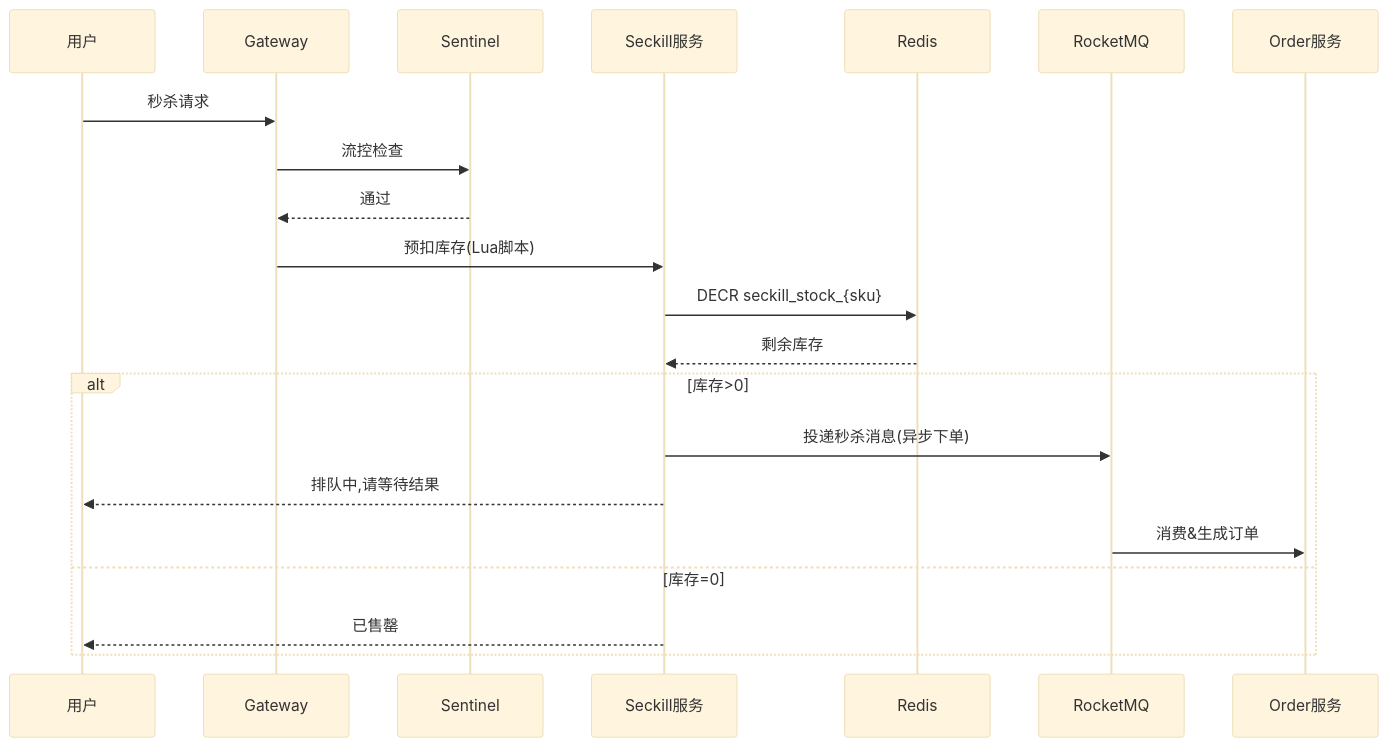
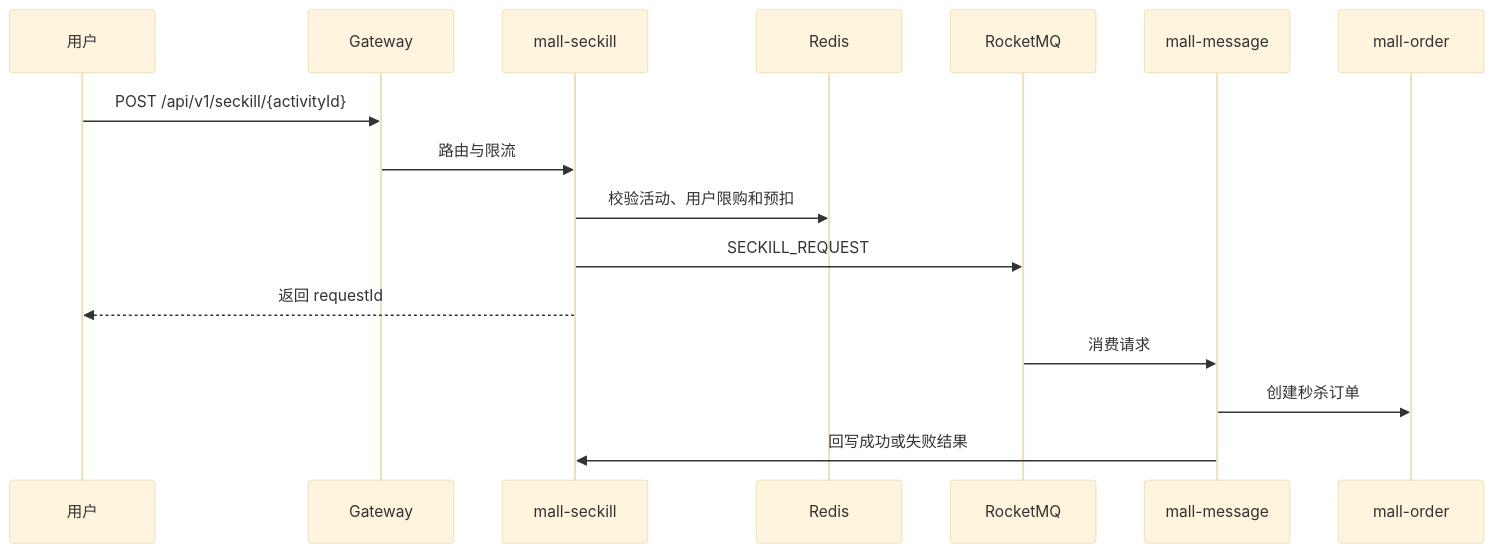
One commit to zyyyyynnn/Microservices-Final-Project changed the fifth of 5 diagrams in docs/PRD.md. Above: the diagram before and after it, drawn with Mermaid (base theme). The commit also changed other lines of this file, not shown here.

````diff
--- a/docs/PRD.md
+++ b/docs/PRD.md
@@ -158,23 +212,19 @@
 ```mermaid
 sequenceDiagram
   participant U as 用户
-  participant GW as Gateway
-  participant SL as Sentinel
-  participant SK as Seckill服务
+  participant G as Gateway
+  participant S as mall-seckill
   participant R as Redis
-  participant M as RocketMQ
-  participant O as Order服务
-  U->>GW: 秒杀请求
-  GW->>SL: 流控检查
-  SL-->>GW: 通过
-  GW->>SK: 预扣库存(Lua脚本)
-  SK->>R: DECR seckill_stock_{sku}
-  R-->>SK: 剩余库存
-  alt 库存>0
-    SK->>M: 投递秒杀消息(异步下单)
-    SK-->>U: 排队中,请等待结果
-    M->>O: 消费&生成订单
-  else 库存=0
-    SK-->>U: 已售罄
-  end
+  participant MQ as RocketMQ
+  participant M as mall-message
+  participant O as mall-order
+
+  U->>G: POST /api/v1/seckill/{activityId}
+  G->>S: 路由与限流
+  S->>R: 校验活动、用户限购和预扣
+  S->>MQ: SECKILL_REQUEST
+  S-->>U: 返回 requestId
+  MQ->>M: 消费请求
+  M->>O: 创建秒杀订单
+  M->>S: 回写成功或失败结果
 ```
````
